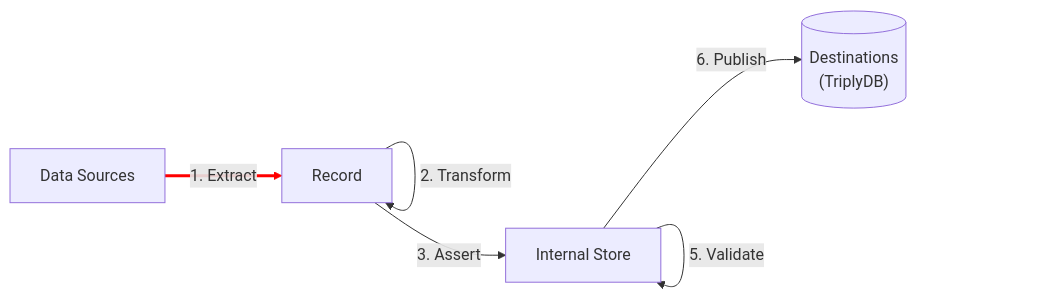
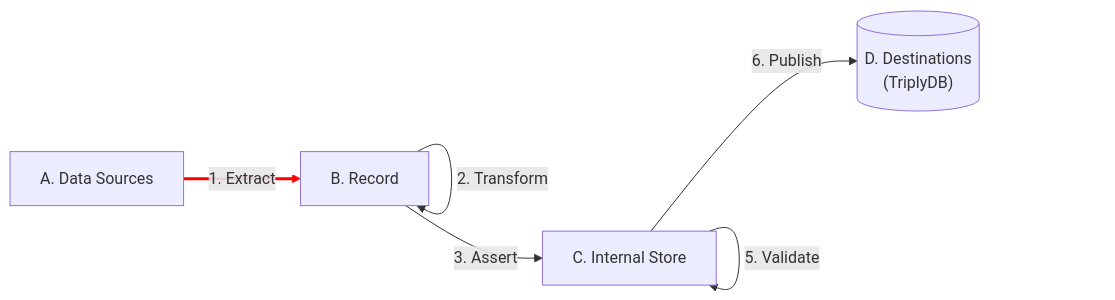
One commit to TriplyDB/Documentation changed the diagram in docs/triply-etl/extract/index.md. Above: the diagram before and after it, drawn with Mermaid. The commit also changed other lines of this file and 30 other files, not shown here.

````diff
--- a/docs/triply-etl/extract/index.md
+++ b/docs/triply-etl/extract/index.md
@@ -7,15 +7,15 @@
 ```mermaid
 graph LR
   sources -- 1. Extract --> record
   record -- 2. Transform --> record
   record -- 3. Assert --> ld
   ld -- 4. Enrich --> ld
   ld -- 5. Validate --> ld
   ld -- 6. Publish --> destinations
 
   linkStyle 0 stroke:red,stroke-width:3px;
-  destinations[("Destinations\n(TriplyDB)")]
-  ld[Internal Store]
-  record[Record]
-  sources[Data Sources]
+  destinations[("D. Destinations\n(TriplyDB)")]
+  ld[C. Internal Store]
+  record[B. Record]
+  sources[A. Data Sources]
 ```
````
